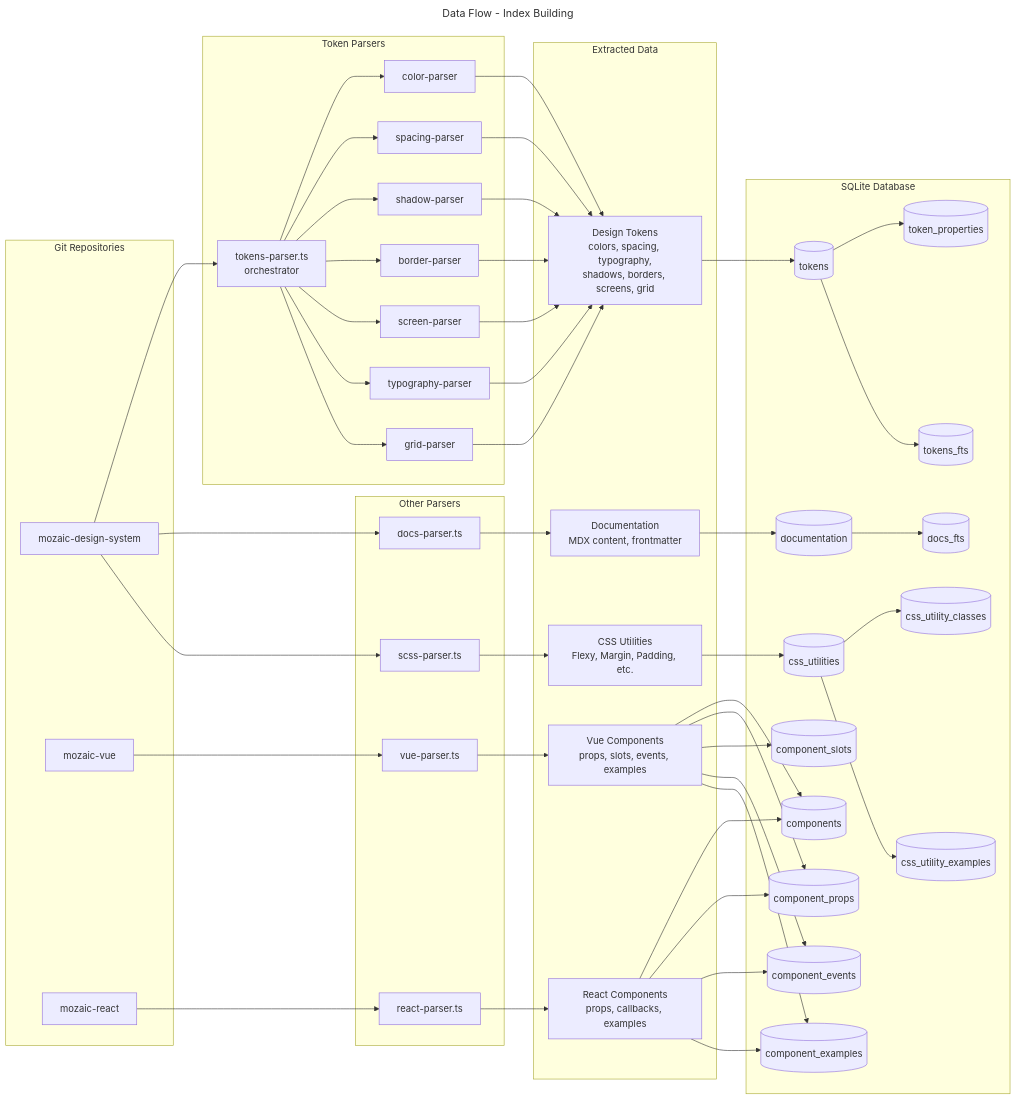
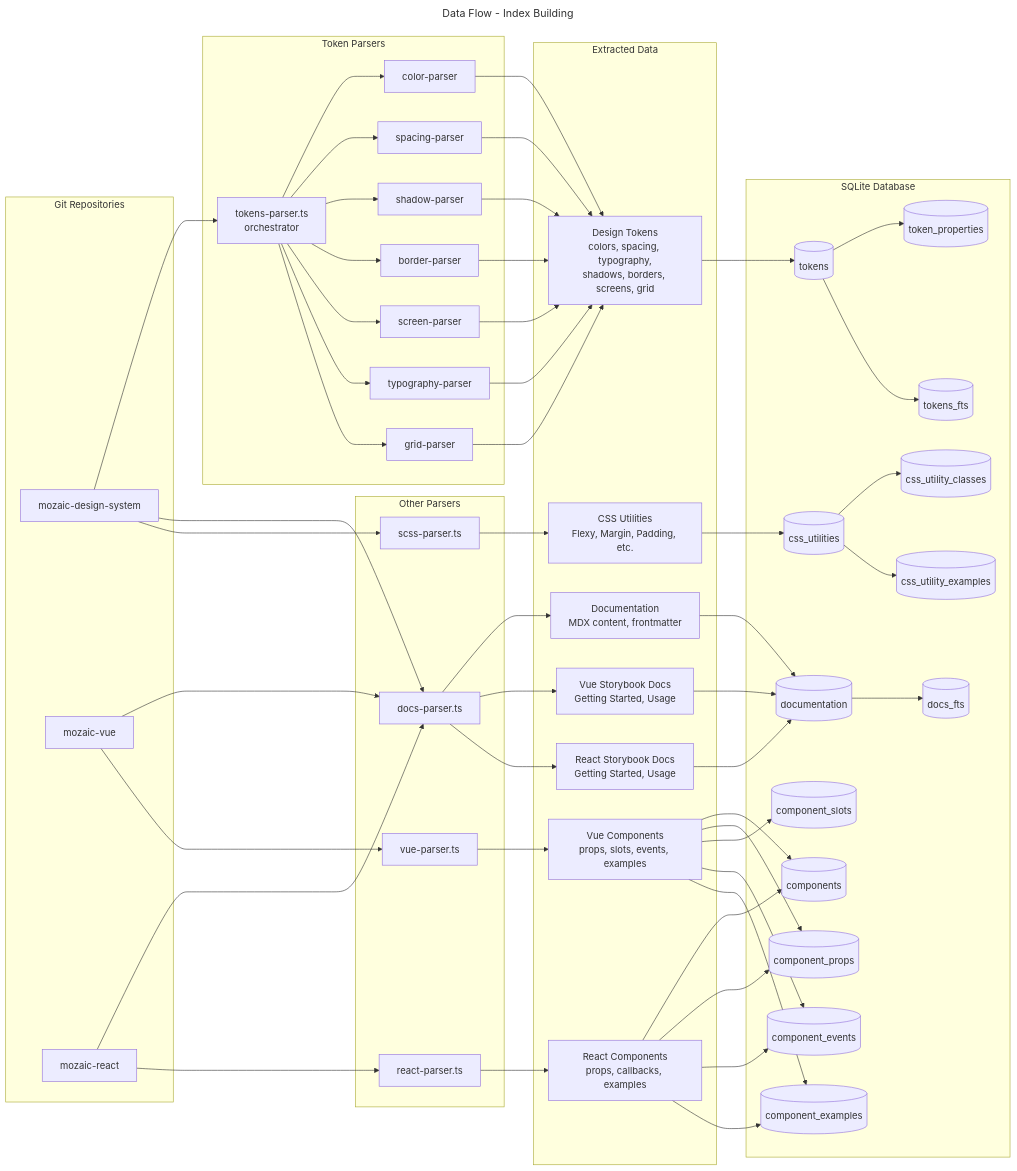
One commit to MerzoukeMansouri/adeo-mozaic-mcp changed the diagram in docs/assets/dataflow.mmd. Above: the diagram before and after it, drawn with Mermaid. The commit also changed 9 other files, not shown here.

```diff
--- a/docs/assets/dataflow.mmd
+++ b/docs/assets/dataflow.mmd
@@ -1,66 +1,70 @@
 ---
 title: Data Flow - Index Building
 ---
 flowchart LR
     subgraph Repos["Git Repositories"]
         R1[mozaic-design-system]
         R2[mozaic-vue]
         R3[mozaic-react]
     end
 
     subgraph TokenParsers["Token Parsers"]
         TP[tokens-parser.ts<br/>orchestrator]
         TP1[color-parser]
         TP2[spacing-parser]
         TP3[shadow-parser]
         TP4[border-parser]
         TP5[screen-parser]
         TP6[typography-parser]
         TP7[grid-parser]
     end
 
     subgraph OtherParsers["Other Parsers"]
         P2[vue-parser.ts]
         P3[react-parser.ts]
         P4[docs-parser.ts]
         P5[scss-parser.ts]
     end
 
     subgraph Data["Extracted Data"]
         D1[Design Tokens<br/>colors, spacing, typography,<br/>shadows, borders, screens, grid]
         D2[Vue Components<br/>props, slots, events, examples]
+        D4V[Vue Storybook Docs<br/>Getting Started, Usage]
+        D4R[React Storybook Docs<br/>Getting Started, Usage]
         D3[React Components<br/>props, callbacks, examples]
         D4[Documentation<br/>MDX content, frontmatter]
         D5[CSS Utilities<br/>Flexy, Margin, Padding, etc.]
     end
 
     subgraph DB["SQLite Database"]
         T1[(tokens)]
         T1P[(token_properties)]
         T1F[(tokens_fts)]
         T2[(components)]
         T3[(component_props)]
         T4[(component_slots)]
         T5[(component_events)]
         T6[(component_examples)]
         T7[(documentation)]
         T8[(docs_fts)]
         CU[(css_utilities)]
         CUC[(css_utility_classes)]
         CUE[(css_utility_examples)]
     end
 
     R1 --> TP
     TP --> TP1 & TP2 & TP3 & TP4 & TP5 & TP6 & TP7
     TP1 & TP2 & TP3 & TP4 & TP5 & TP6 & TP7 --> D1
     D1 --> T1
     T1 --> T1P & T1F
 
     R1 --> P4 --> D4 --> T7 --> T8
     R1 --> P5 --> D5 --> CU
     CU --> CUC & CUE
+    R2 --> P4 --> D4V --> T7
+    R3 --> P4 --> D4R --> T7
     R2 --> P2 --> D2 --> T2
     R3 --> P3 --> D3 --> T2
 
     D2 --> T3 & T4 & T5 & T6
     D3 --> T3 & T5 & T6
```
